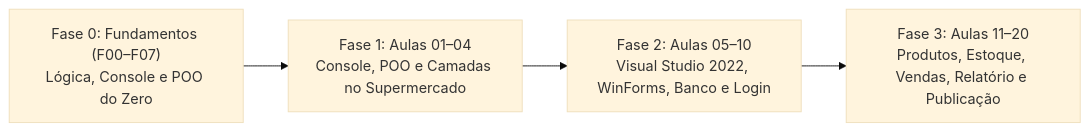
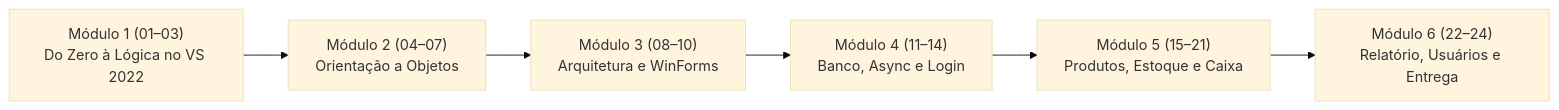
One commit to diogofragoso/roteiro_de_aprendizagem_C-sharp changed the diagram in README.md. Above: the diagram before and after it, drawn with Mermaid (base theme). The commit also changed other lines of this file and 45 other files, not shown here.

````diff
--- a/README.md
+++ b/README.md
@@ -21,6 +20,8 @@
 ```mermaid
 flowchart LR
-    F["Fase 0: Fundamentos (F00–F07)<br/>Lógica, Console e POO do Zero"] --> P1["Fase 1: Aulas 01–04<br/>Console, POO e Camadas no Supermercado"]
-    P1 --> P2["Fase 2: Aulas 05–10<br/>Visual Studio 2022, WinForms, Banco e Login"]
-    P2 --> P3["Fase 3: Aulas 11–20<br/>Produtos, Estoque, Vendas, Relatório e Publicação"]
+    M1["Módulo 1 (01–03)<br/>Do Zero à Lógica no VS 2022"] --> M2["Módulo 2 (04–07)<br/>Orientação a Objetos"]
+    M2 --> M3["Módulo 3 (08–10)<br/>Arquitetura e WinForms"]
+    M3 --> M4["Módulo 4 (11–14)<br/>Banco, Async e Login"]
+    M4 --> M5["Módulo 5 (15–21)<br/>Produtos, Estoque e Caixa"]
+    M5 --> M6["Módulo 6 (22–24)<br/>Relatório, Usuários e Entrega"]
 ```
````
